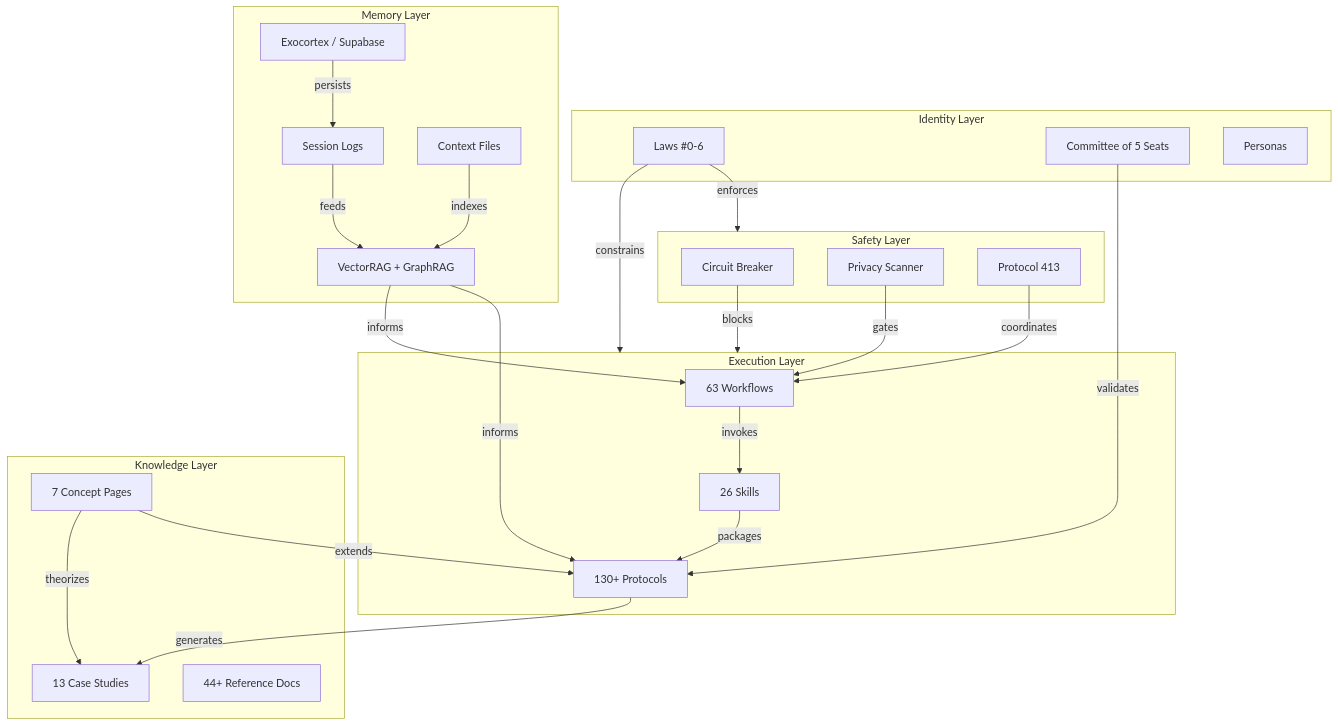
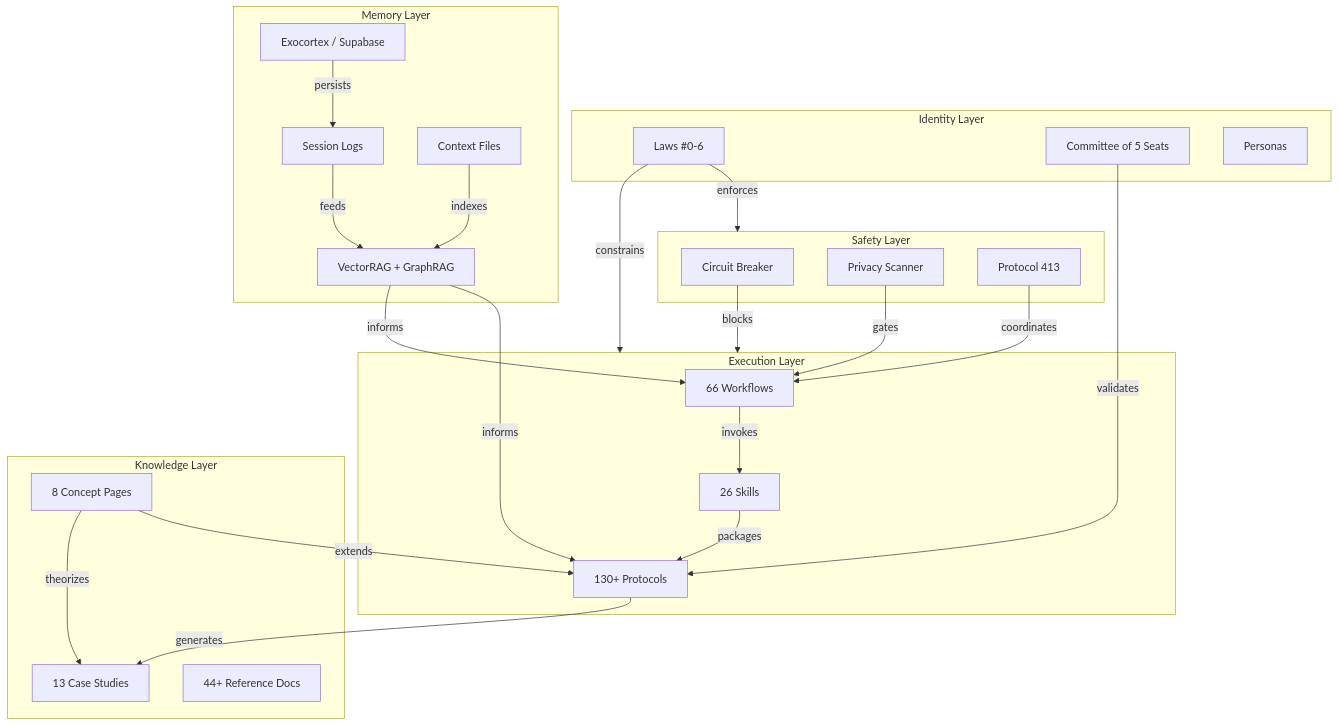
One commit to agent-memory-atlas-archive/winstonkoh87--Athena-Public changed the diagram in docs/KNOWLEDGE_GRAPH.md. Above: the diagram before and after it, drawn with Mermaid. The commit also changed other lines of this file and 6 other files, not shown here.

````diff
--- a/docs/KNOWLEDGE_GRAPH.md
+++ b/docs/KNOWLEDGE_GRAPH.md
@@ -149,50 +149,50 @@
 ```mermaid
 graph TB
     subgraph Identity["Identity Layer"]
         Laws["Laws #0-6"]
         Committee["Committee of 5 Seats"]
         Personas["Personas"]
     end
 
     subgraph Memory["Memory Layer"]
         Sessions["Session Logs"]
         Context["Context Files"]
         Exocortex["Exocortex / Supabase"]
         Retrieval["VectorRAG + GraphRAG"]
     end
 
     subgraph Execution["Execution Layer"]
-        Workflows["63 Workflows"]
+        Workflows["66 Workflows"]
         Skills["26 Skills"]
         Protocols["130+ Protocols"]
     end
 
     subgraph Knowledge["Knowledge Layer"]
-        Concepts["7 Concept Pages"]
+        Concepts["8 Concept Pages"]
         CaseStudies["13 Case Studies"]
         Docs["44+ Reference Docs"]
     end
 
     subgraph Safety["Safety Layer"]
         Circuit["Circuit Breaker"]
         Privacy["Privacy Scanner"]
         MultiAgent["Protocol 413"]
     end
 
     Laws --> |constrains| Execution
     Laws --> |enforces| Safety
     Committee --> |validates| Protocols
     Sessions --> |feeds| Retrieval
     Context --> |indexes| Retrieval
     Retrieval --> |informs| Workflows
     Retrieval --> |informs| Protocols
     Protocols --> |generates| CaseStudies
     Concepts --> |theorizes| CaseStudies
     Concepts --> |extends| Protocols
     Skills --> |packages| Protocols
     Workflows --> |invokes| Skills
     Privacy --> |gates| Workflows
     Circuit --> |blocks| Execution
     MultiAgent --> |coordinates| Workflows
     Exocortex --> |persists| Sessions
 ```
````
